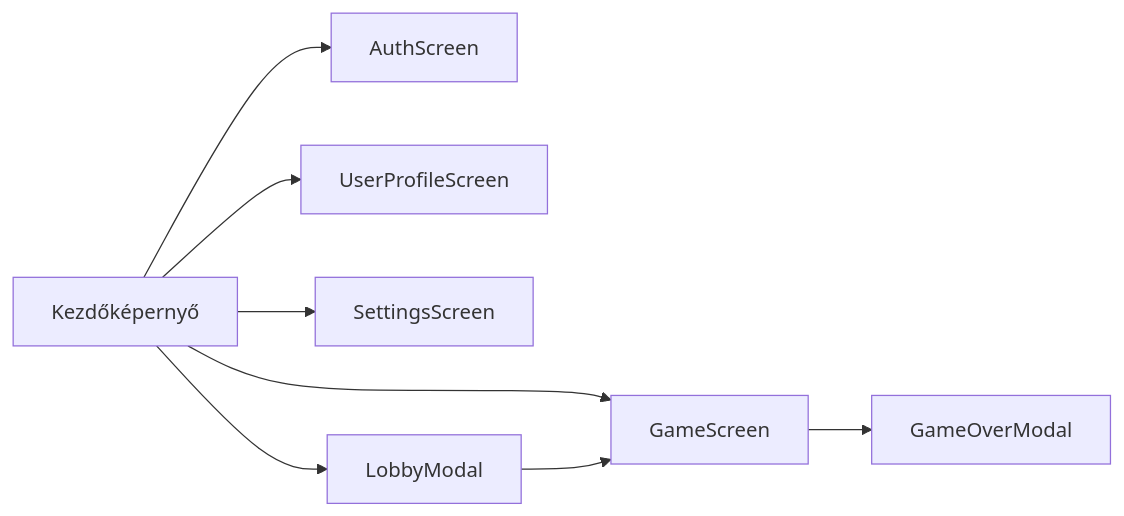
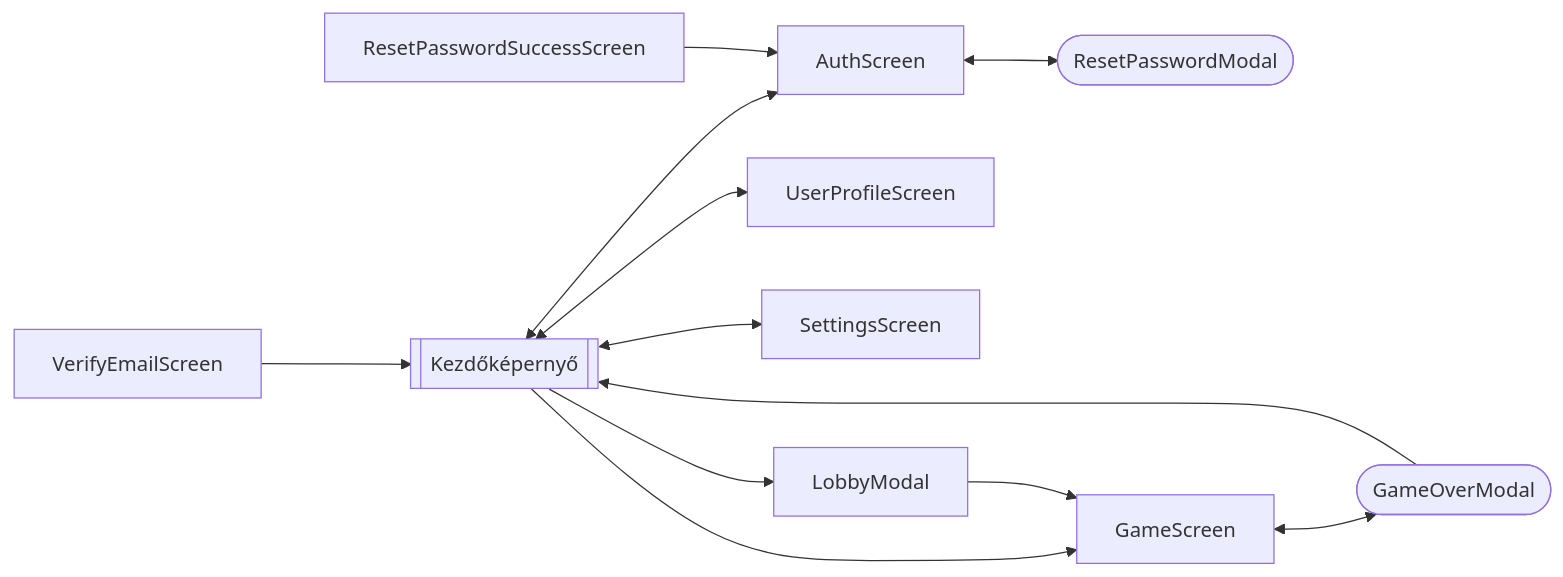
The diagram in docs/func-spec.md (GitDevla/infinite-simon), drawn with Mermaid before and after one commit. The commit also changed other lines of this file and 2 other files, not shown here.

````diff
--- a/docs/func-spec.md
+++ b/docs/func-spec.md
@@ -101,11 +133,15 @@
 ```mermaid
 graph LR
-    A[Kezdőképernyő]
-    A --> B[AuthScreen]
-    A --> C[UserProfileScreen]
+    A[[Kezdőképernyő]]
+    A <--> B[AuthScreen]
+    B <--> H([ResetPasswordModal])
+    A <--> C[UserProfileScreen]
     A --> D[GameScreen]
-    A --> G[SettingsScreen]
+    A <--> G[SettingsScreen]
     A --> E[LobbyModal]
     E --> D
-    D --> F[GameOverModal]
+    D <--> F([GameOverModal])
+    F --> A
+    J[ResetPasswordSuccessScreen] --> B
+    K[VerifyEmailScreen] --> A
 ```
````
